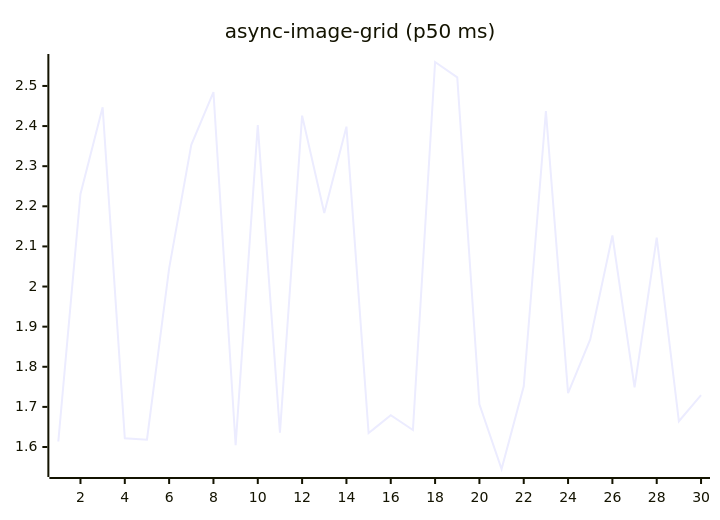
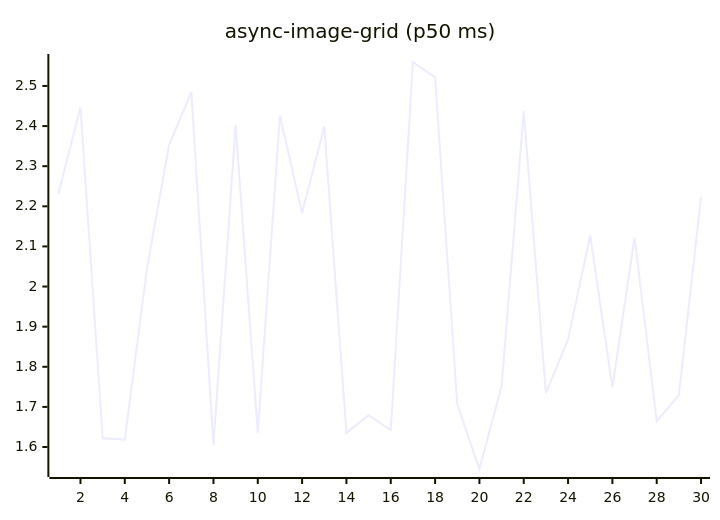
The fifth of 27 diagrams in README.md (josha/Facet), drawn with Mermaid before and after one commit. The commit also changed other lines of this file and 2 other files, not shown here.

````diff
--- a/README.md
+++ b/README.md
@@ -91,6 +91,6 @@
 ```mermaid
 xychart-beta
     title "async-image-grid (p50 ms)"
     x-axis 1 --> 30
-    line [1.6137, 2.2308, 2.4470, 1.6216, 1.6184, 2.0452, 2.3531, 2.4847, 1.6045, 2.4025, 1.6357, 2.4260, 2.1835, 2.3985, 1.6346, 1.6792, 1.6424, 2.5597, 2.5214, 1.7066, 1.5452, 1.7512, 2.4372, 1.7341, 1.8684, 2.1272, 1.7487, 2.1221, 1.6642, 1.7295]
+    line [2.2308, 2.4470, 1.6216, 1.6184, 2.0452, 2.3531, 2.4847, 1.6045, 2.4025, 1.6357, 2.4260, 2.1835, 2.3985, 1.6346, 1.6792, 1.6424, 2.5597, 2.5214, 1.7066, 1.5452, 1.7512, 2.4372, 1.7341, 1.8684, 2.1272, 1.7487, 2.1221, 1.6642, 1.7295, 2.2238]
 ```
````
